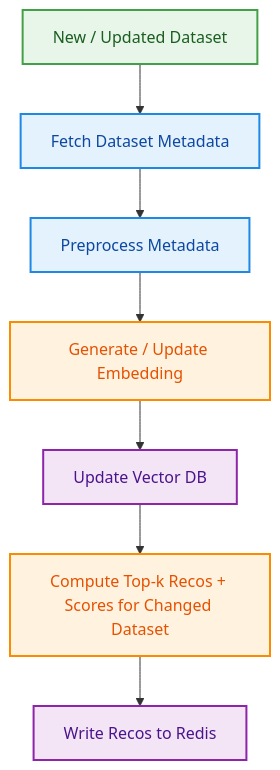
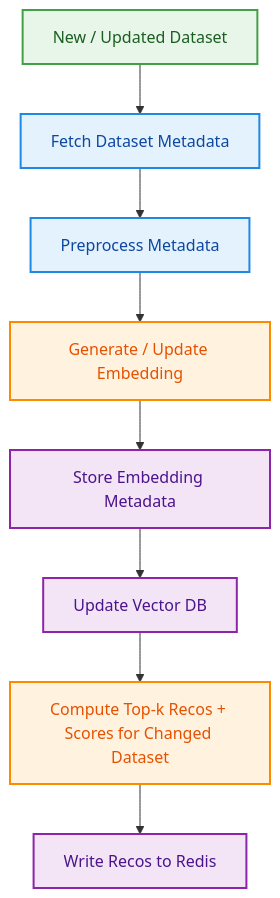
One commit to datagems-eosc/dataset-recsys changed the second of 3 diagrams in docs/source/workflows.md. Above: the diagram before and after it, drawn with Mermaid. The commit also changed other lines of this file and 5 other files, not shown here.

````diff
--- a/docs/source/workflows.md
+++ b/docs/source/workflows.md
@@ -34,20 +35,21 @@
 ```mermaid
 %%{init: {'flowchart': {'nodeSpacing': 22, 'rankSpacing': 22, 'curve': 'linear'}, 'themeVariables': {'fontSize': '12px', 'lineColor': '#9E9E9E', 'edgeLabelBackground':'#ffffff', 'primaryBorderColor':'#BDBDBD', 'clusterBorder':'#E0E0E0', 'lineWidth':'0\.9px'}}}%%
 flowchart TB
     A[New / Updated Dataset] --> B[Fetch Dataset Metadata]
     B --> C[Preprocess Metadata]
     C --> D[Generate / Update Embedding]
-    D --> E[Update Vector DB]
-    E --> F[Compute Top-k Recos + Scores for Changed Dataset]
-    F --> G[Write Recos to Redis]
+    D --> E[Store Embedding Metadata]
+    E --> F[Update Vector DB]
+    F --> G[Compute Top-k Recos + Scores for Changed Dataset]
+    G --> H[Write Recos to Redis]
 
     classDef trigger fill:#E8F5E9,stroke:#43A047,stroke-width:2px,color:#1B5E20;
     classDef prep fill:#E3F2FD,stroke:#1E88E5,stroke-width:2px,color:#0D47A1;
     classDef compute fill:#FFF3E0,stroke:#FB8C00,stroke-width:2px,color:#E65100;
     classDef storage fill:#F3E5F5,stroke:#8E24AA,stroke-width:2px,color:#4A148C;
 
     class A trigger;
     class B,C prep;
-    class D,F compute;
-    class E,G storage;
+    class D,G compute;
+    class E,F,H storage;
 ```
````
